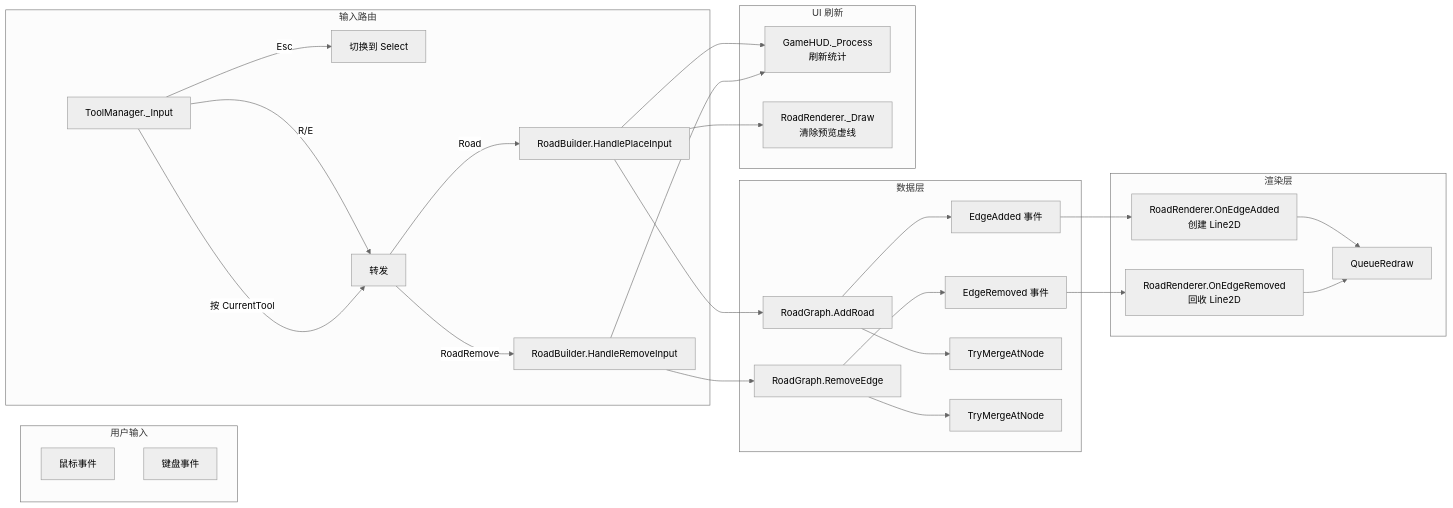
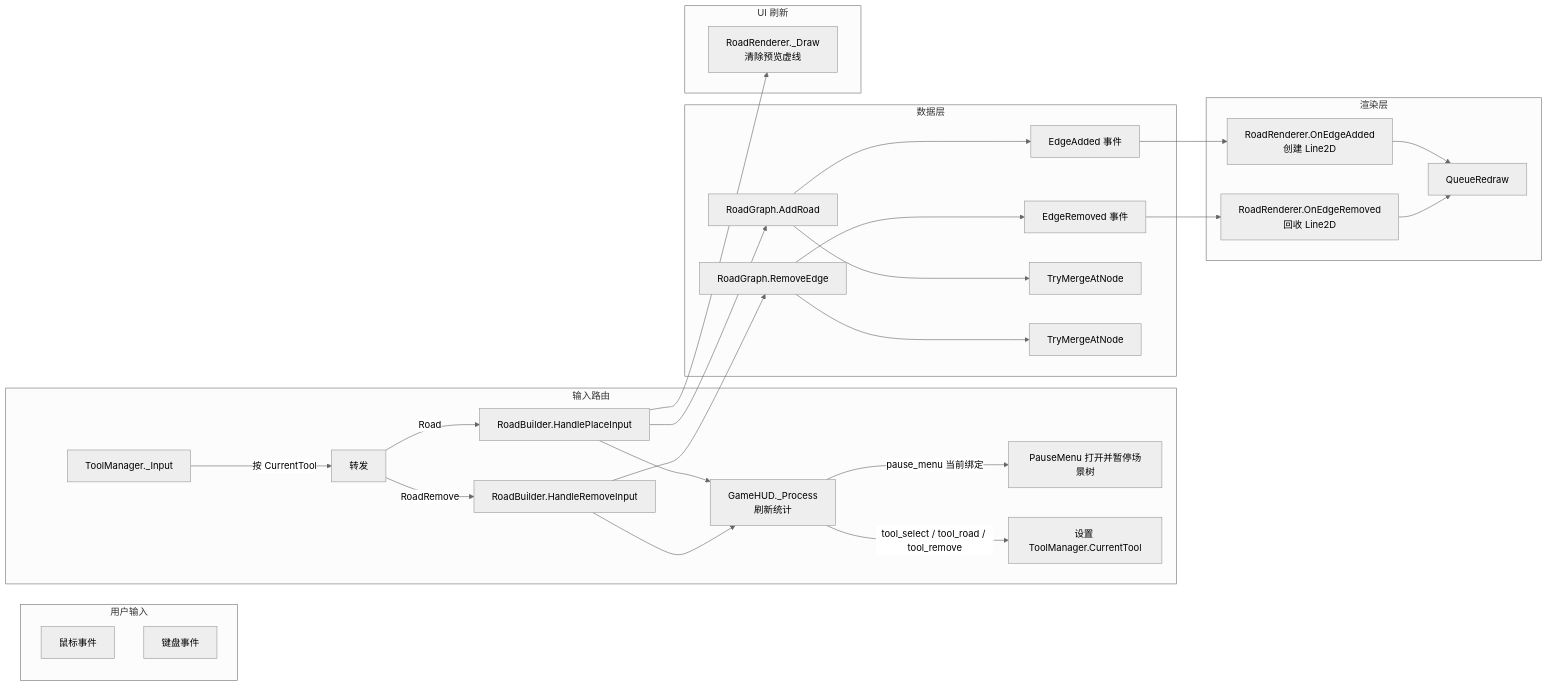
One commit to xianfishyu/SimpleCities changed the ninth of 9 diagrams in docs/reference/game-logic.md. Above: the diagram before and after it, drawn with Mermaid (neutral theme). The commit also changed other lines of this file and 37 other files, not shown here.

````diff
--- a/docs/reference/game-logic.md
+++ b/docs/reference/game-logic.md
@@ -292,38 +294,39 @@
 ```mermaid
 flowchart LR
     subgraph Input["用户输入"]
         Mouse[鼠标事件]
         Key[键盘事件]
     end
 
     subgraph Routing["输入路由"]
+        HUD[GameHUD._Input]
+        HUD -->|pause_menu 当前绑定| Pause[PauseMenu 打开并暂停场景树]
+        HUD -->|tool_select / tool_road / tool_remove| ToolState[设置 ToolManager.CurrentTool]
         TM[ToolManager._Input]
-        TM -->|Esc| TM_Self[切换到 Select]
-        TM -->|R/E| Forward
         TM -->|按 CurrentTool| Forward[转发]
         Forward -->|Road| Place[RoadBuilder.HandlePlaceInput]
         Forward -->|RoadRemove| Remove[RoadBuilder.HandleRemoveInput]
     end
 
     subgraph Data["数据层"]
         Place --> Add["RoadGraph.AddRoad"]
         Remove --> Del["RoadGraph.RemoveEdge"]
         Add --> Event1["EdgeAdded 事件"]
         Del --> Event2["EdgeRemoved 事件"]
         Add --> Merge["TryMergeAtNode"]
         Del --> Merge2["TryMergeAtNode"]
     end
 
     subgraph Render["渲染层"]
         Event1 --> RR_Add["RoadRenderer.OnEdgeAdded<br/>创建 Line2D"]
         Event2 --> RR_Del["RoadRenderer.OnEdgeRemoved<br/>回收 Line2D"]
         RR_Add --> Draw["QueueRedraw"]
         RR_Del --> Draw
     end
 
     subgraph UI["UI 刷新"]
         Place --> HUD["GameHUD._Process<br/>刷新统计"]
         Remove --> HUD
         Place --> Preview["RoadRenderer._Draw<br/>清除预览虚线"]
     end
 ```
````
